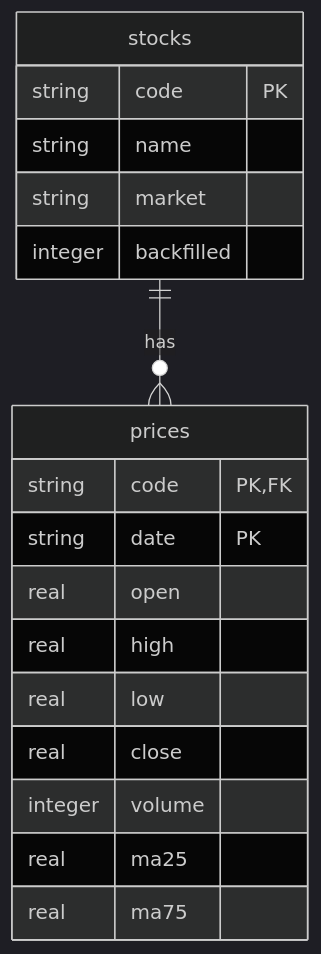
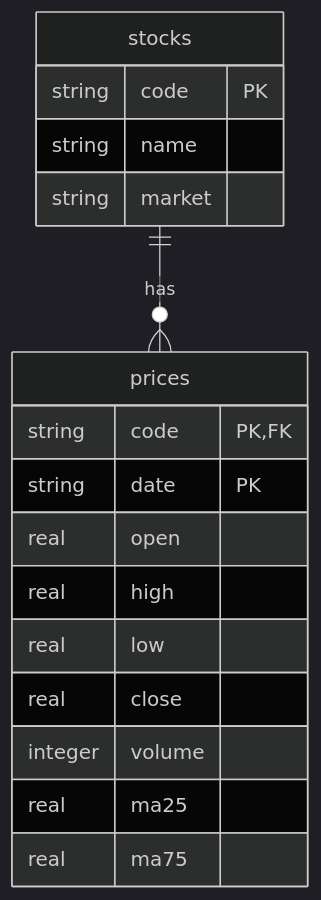
One commit to git-san-934/tse-price-db changed the second of 3 diagrams in docs/functional-design.md. Above: the diagram before and after it, drawn with Mermaid (dark theme). The commit also changed other lines of this file and 10 other files, not shown here.

````diff
--- a/docs/functional-design.md
+++ b/docs/functional-design.md
@@ -36,21 +36,20 @@
 ```mermaid
 erDiagram
   stocks ||--o{ prices : has
   stocks {
     string code PK
     string name
     string market
-    integer backfilled
   }
   prices {
     string code PK, FK
     string date PK
     real open
     real high
     real low
     real close
     integer volume
     real ma25
     real ma75
   }
 ```
````
